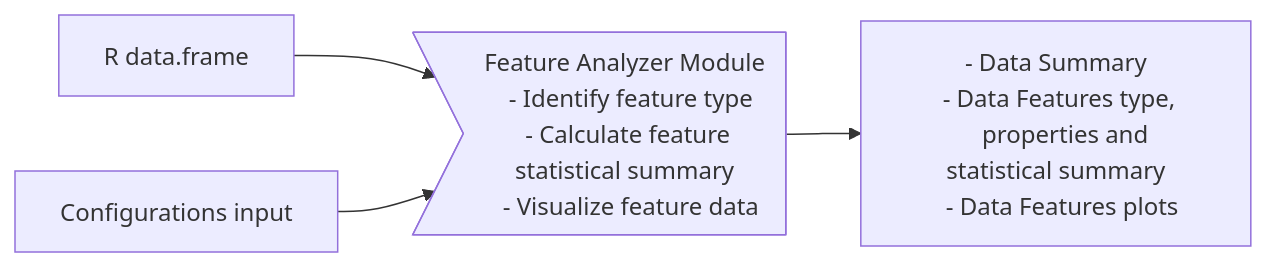
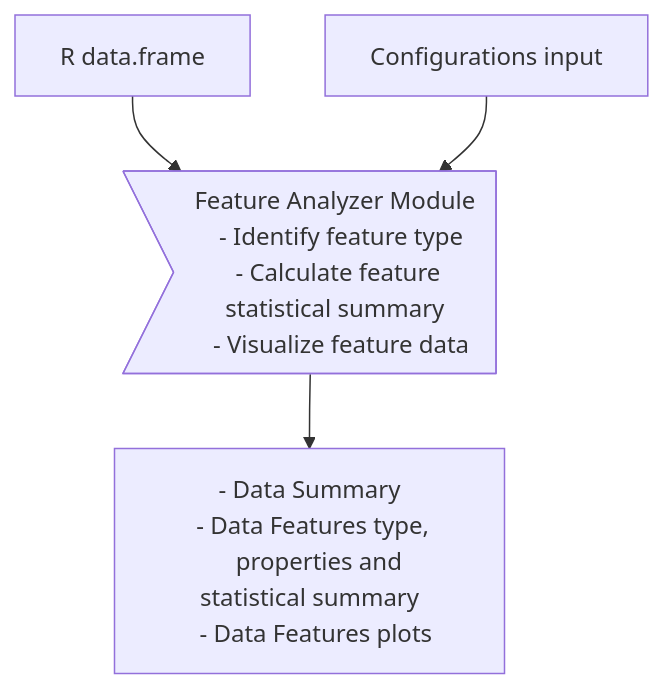
The first of 7 diagrams in statistics_shiny_modules.qmd (MohammedFCIS/periscope2-book), drawn with Mermaid before and after one commit. The commit also changed other lines of this file and 1 other file, not shown here.

Commit message:
- Converted diagrams to gray and white to be pdf printable - Made figures smaller to be adjust ted required style

````diff
--- a/statistics_shiny_modules.qmd
+++ b/statistics_shiny_modules.qmd
@@ -35,15 +35,15 @@
 ```{mermaid}
 %%| fig-cap: "Feature Analyzer Module (FAM) Objective and IO"
-%%| fig-width: 8 
+%%| fig-width: 3 
 %%| label: fig-2_1
-flowchart LR
+flowchart TD
   A[R data.frame] --> C>"Feature Analyzer Module
   - Identify feature type
   - Calculate feature statistical summary
   - Visualize feature data"]
   B[Configurations input] --> C
   C --> D["- Data Summary
   - Data Features type, 
     properties and statistical summary
   - Data Features plots"]
 ```
````
